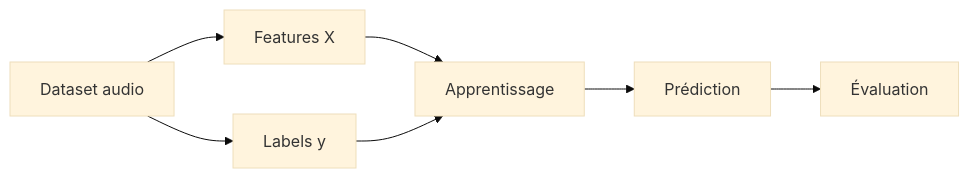
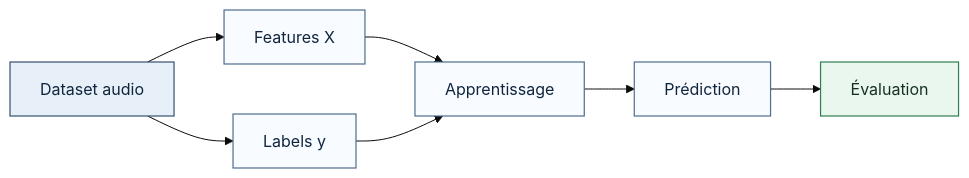
Before and after one commit to yugmerabtene/MAST_DIA_A2_AUDIO_MUSIC_PROCESSING: the second of 3 diagrams in jour-2.md, drawn with Mermaid (base theme). The commit also changed other lines of this file and 5 other files, not shown here.

````diff
--- a/jour-2.md
+++ b/jour-2.md
@@ -51,9 +63,16 @@
 ```mermaid
 flowchart LR
     A[Dataset audio] --> B[Features X]
     A --> C[Labels y]
     B --> D[Apprentissage]
     C --> D
     D --> E[Prédiction]
     E --> F[Évaluation]
+
+    classDef source fill:#e7f0f8,stroke:#355070,color:#10253d,stroke-width:1.2px;
+    classDef process fill:#f8fbff,stroke:#4f6d8c,color:#10253d,stroke-width:1.2px;
+    classDef output fill:#e9f7ef,stroke:#2f7d4e,color:#163121,stroke-width:1.2px;
+    class A source;
+    class B,C,D,E process;
+    class F output;
 ```
````
